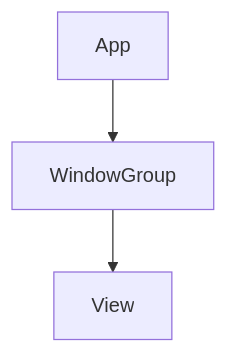
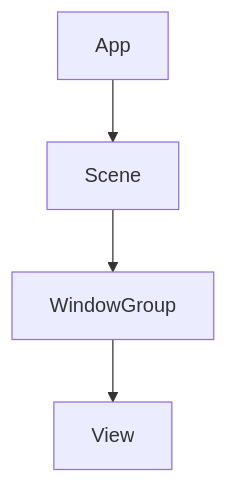
Before and after one commit to overlookart/overlookart.github.io: the diagram in content/AppleDevelop/SwiftUI/App.md, drawn with Mermaid. The commit also changed other lines of this file, not shown here.

Commit message:
更新 SwiftUI App 的生命周期笔记

````diff
--- a/content/AppleDevelop/SwiftUI/App.md
+++ b/content/AppleDevelop/SwiftUI/App.md
@@ -52,4 +52,4 @@
 ``` mermaid
     flowchart TD
-        App --> WindowGroup --> View
+        App --> Scene --> WindowGroup --> View
 ```
````
